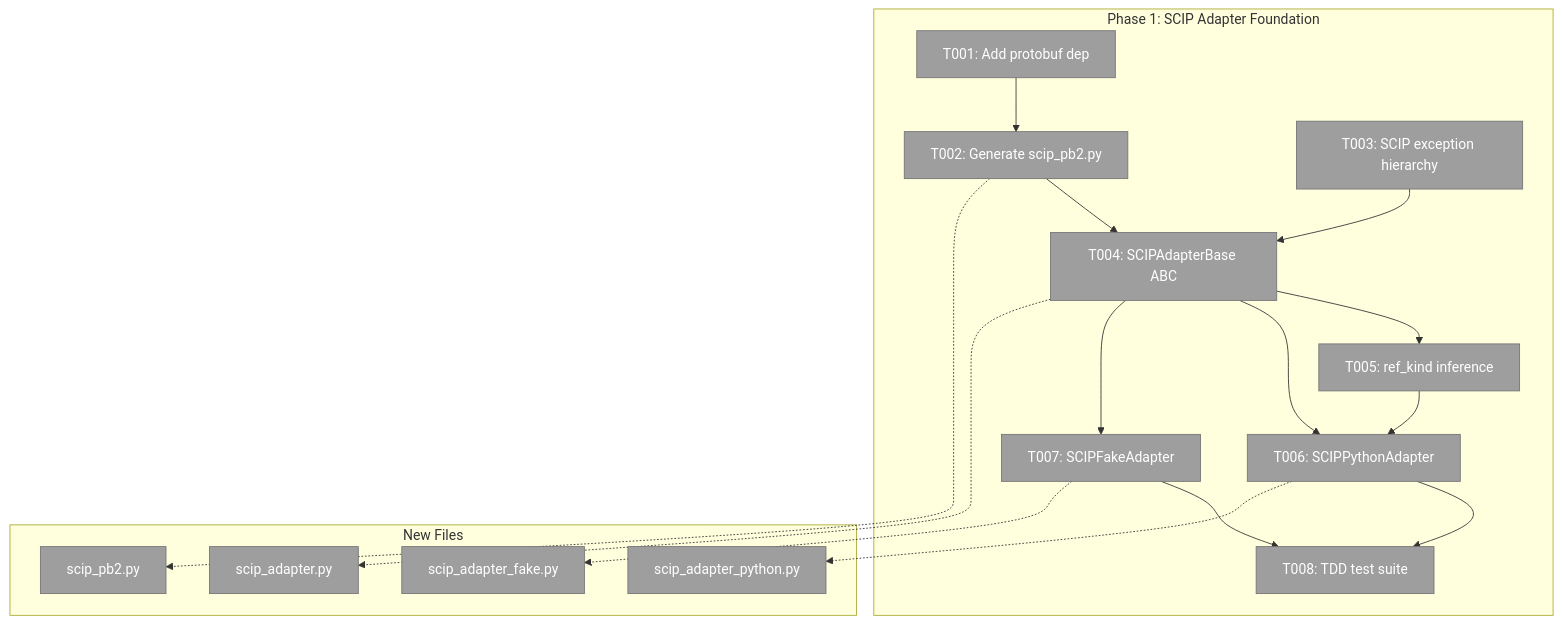
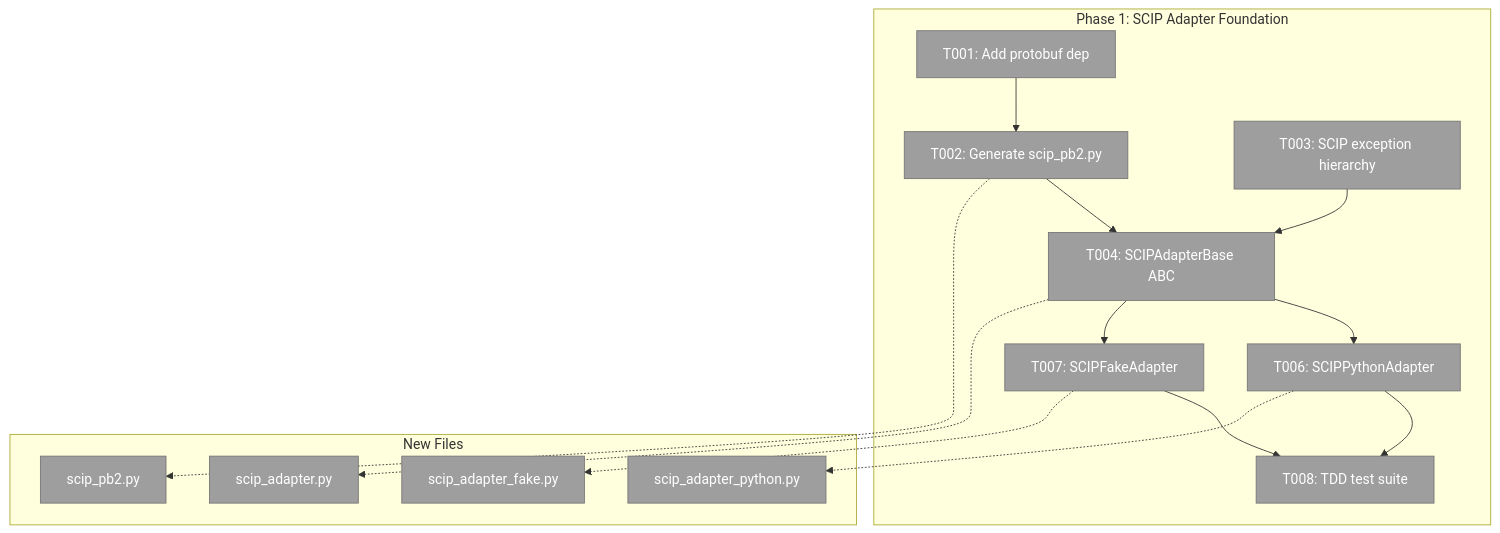
One commit to AI-Substrate/flow_squared changed the first of 3 diagrams in docs/plans/038-scip-cross-file-rels/tasks/phase-1-scip-adapter-foundation/tasks.md. Above: the diagram before and after it, drawn with Mermaid. The commit also changed other lines of this file and 3 other files, not shown here.

First line of the commit message:
Drop ref_kind from SCIP plan (DYK-038-01)

````diff
--- a/docs/plans/038-scip-cross-file-rels/tasks/phase-1-scip-adapter-foundation/tasks.md
+++ b/docs/plans/038-scip-cross-file-rels/tasks/phase-1-scip-adapter-foundation/tasks.md
@@ -62,37 +61,34 @@
 ```mermaid
 flowchart TD
     classDef pending fill:#9E9E9E,stroke:#757575,color:#fff
 
     subgraph Phase1["Phase 1: SCIP Adapter Foundation"]
         T001["T001: Add protobuf dep"]:::pending
         T002["T002: Generate scip_pb2.py"]:::pending
         T003["T003: SCIP exception hierarchy"]:::pending
         T004["T004: SCIPAdapterBase ABC"]:::pending
-        T005["T005: ref_kind inference"]:::pending
         T006["T006: SCIPPythonAdapter"]:::pending
         T007["T007: SCIPFakeAdapter"]:::pending
         T008["T008: TDD test suite"]:::pending
 
         T001 --> T002
         T002 --> T004
         T003 --> T004
-        T004 --> T005
         T004 --> T006
         T004 --> T007
-        T005 --> T006
         T006 --> T008
         T007 --> T008
     end
 
     subgraph Files["New Files"]
         F1["scip_pb2.py"]:::pending
         F2["scip_adapter.py"]:::pending
         F3["scip_adapter_python.py"]:::pending
         F4["scip_adapter_fake.py"]:::pending
     end
 
     T002 -.-> F1
     T004 -.-> F2
     T006 -.-> F3
     T007 -.-> F4
 ```
````
